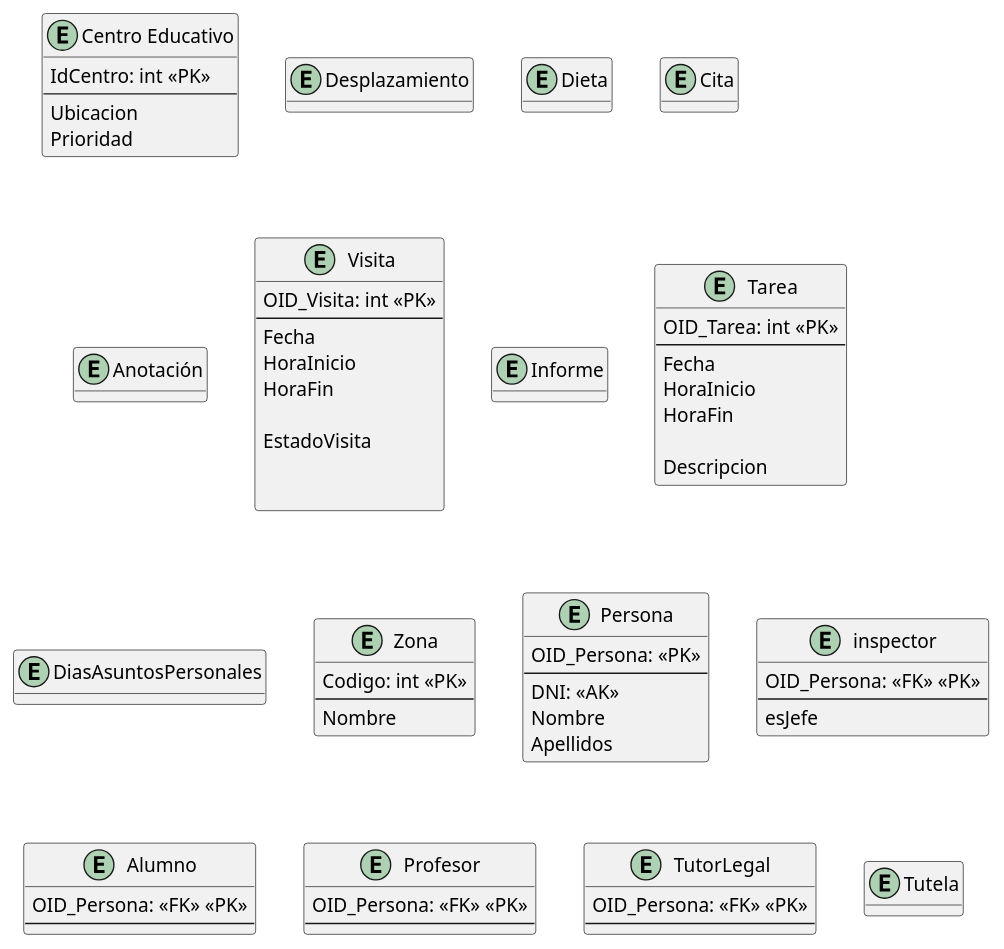
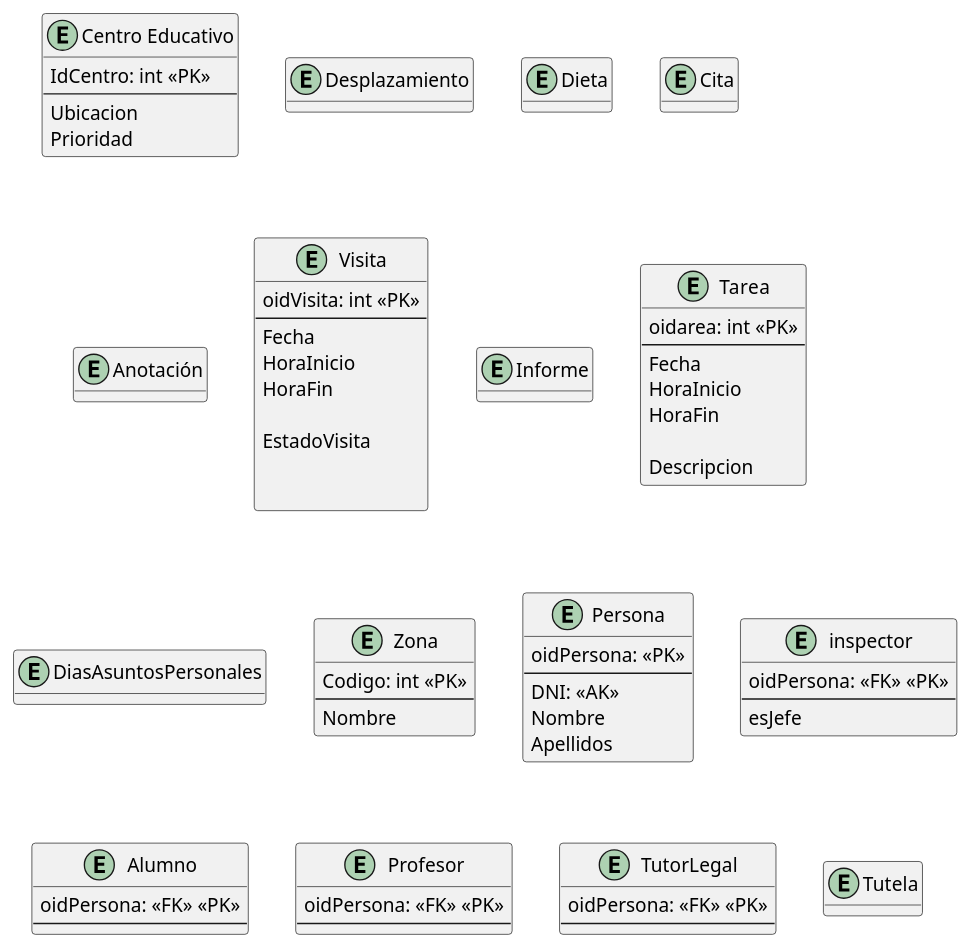
One commit to javiporti/ProyectoBD_Inspeccion_Educativa changed the diagram in modelado/modelado_relacional.puml. Above: the diagram before and after it, drawn with PlantUML.

Commit message:
Renombra oids

```diff
--- a/modelado/modelado_relacional.puml
+++ b/modelado/modelado_relacional.puml
@@ -1,99 +1,99 @@
 @startuml modelado_conceptual
 hide methods
 skinparam ClassAttributeIconSize 0
 
 
 entity "Centro Educativo" as CentroEducativo {
     IdCentro: int <<PK>>
     --
     Ubicacion
     Prioridad
 }
 
 entity Desplazamiento {
 
 }
 
 entity Dieta {
 
 }
 
 entity Cita {
 
 }
 
 entity Anotación {
 
 }
 
 
 
 entity Visita {
-    OID_Visita: int <<PK>>
+    oidVisita: int <<PK>>
     --
     Fecha
     HoraInicio
     HoraFin
 
     EstadoVisita
 
 
 }
 
 entity Informe {
 
 }
 
 entity Tarea {
-    OID_Tarea: int <<PK>>
+    oidarea: int <<PK>>
     --
     Fecha
     HoraInicio
     HoraFin
 
     Descripcion
 }
 
 entity DiasAsuntosPersonales {
 
 }
 
 entity Zona {
     Codigo: int <<PK>>
     --
     Nombre
 }
 
 entity Persona {
-    OID_Persona: <<PK>>
+    oidPersona: <<PK>>
     --
     DNI: <<AK>>
     Nombre
     Apellidos
 }
 
 entity inspector {
-    OID_Persona: <<FK>> <<PK>>
+    oidPersona: <<FK>> <<PK>>
     --
     esJefe
 }
 entity Alumno {
-    OID_Persona: <<FK>> <<PK>>
+    oidPersona: <<FK>> <<PK>>
     --
 }
 
 entity Profesor {
-    OID_Persona: <<FK>> <<PK>>
+    oidPersona: <<FK>> <<PK>>
     --
 }
 
 entity TutorLegal {
-    OID_Persona: <<FK>> <<PK>>
+    oidPersona: <<FK>> <<PK>>
     --
 }
 
 entity Tutela {
 
 }
 
 @enduml
```
